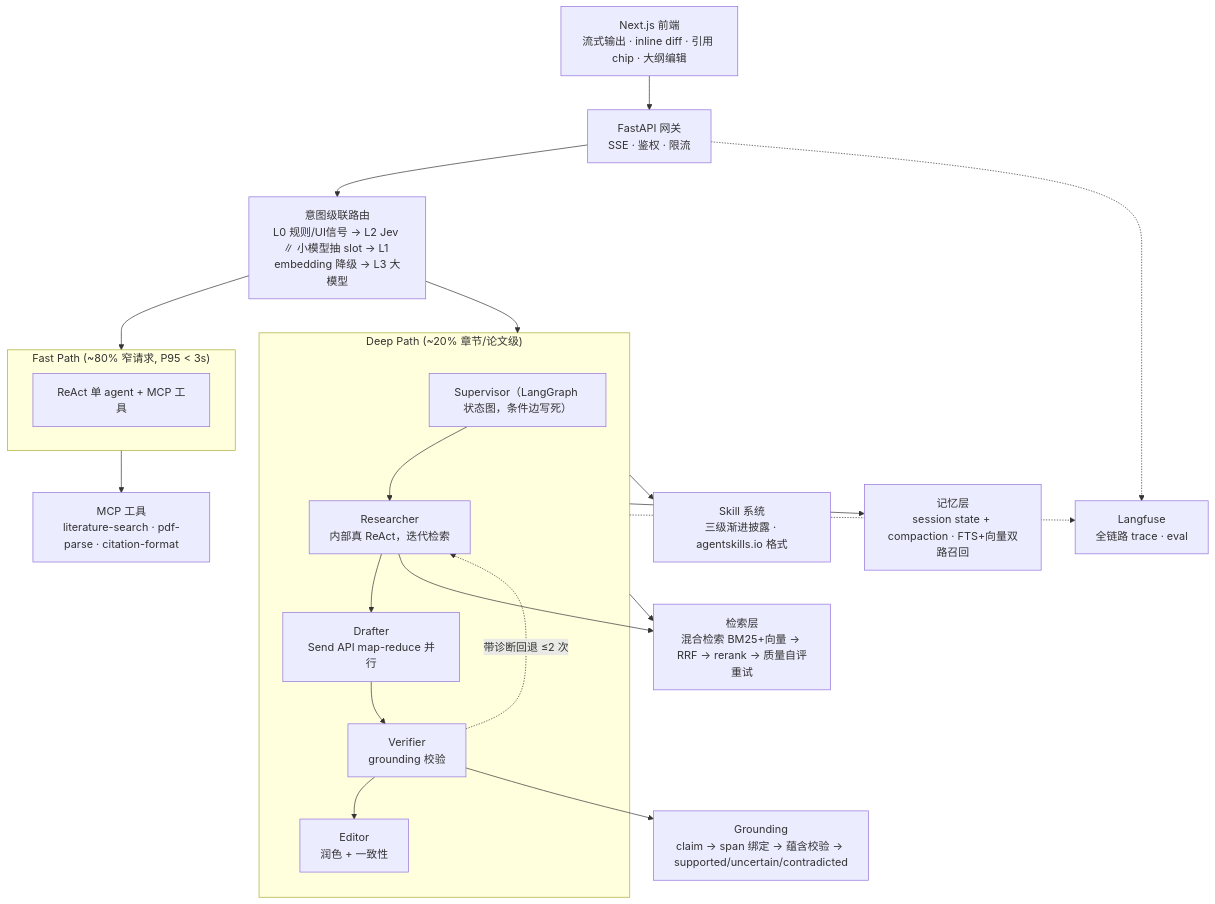
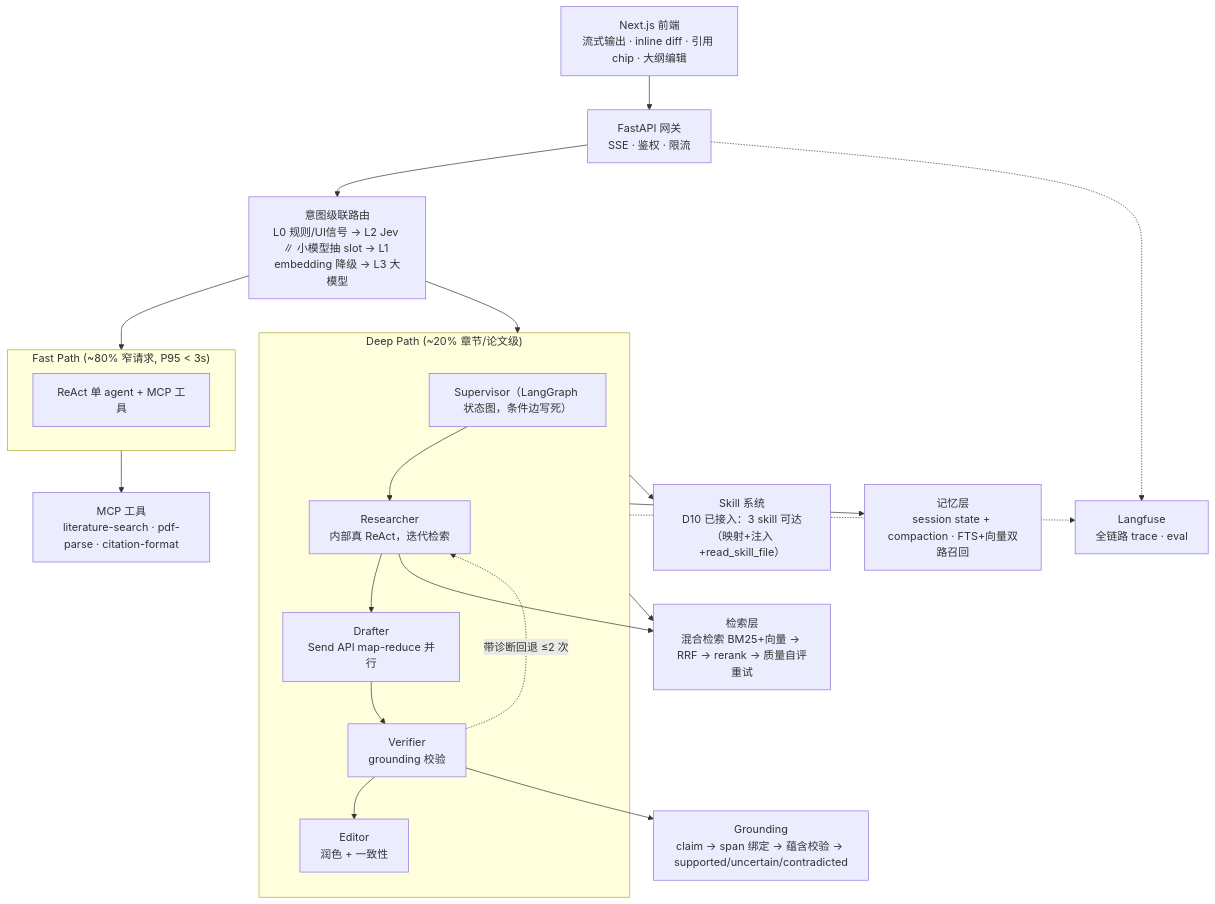
One commit to kjhchouch/Academic-Research-Copilot changed the diagram in README.md. Above: the diagram before and after it, drawn with Mermaid. The commit also changed other lines of this file and 21 other files, not shown here.

Commit message:
feat(agent): D10 skill loader（intent→skill 映射 + always_load 注入 + 沙箱 read_skill_file）+ live 验收与 grounding eval 实测数字

````diff
--- a/README.md
+++ b/README.md
@@ -16,39 +16,39 @@
 ```mermaid
 graph TD
     UI["Next.js 前端<br/>流式输出 · inline diff · 引用 chip · 大纲编辑"]
     GW["FastAPI 网关<br/>SSE · 鉴权 · 限流"]
     RT["意图级联路由<br/>L0 规则/UI信号 → L2 Jev ∥ 小模型抽 slot → L1 embedding 降级 → L3 大模型"]
 
     subgraph Fast["Fast Path (~80% 窄请求, P95 &lt; 3s)"]
         REACT["ReAct 单 agent + MCP 工具"]
     end
 
     subgraph Deep["Deep Path (~20% 章节/论文级)"]
         SUP["Supervisor（LangGraph 状态图，条件边写死）"]
         RES["Researcher<br/>内部真 ReAct，迭代检索"]
         DRF["Drafter<br/>Send API map-reduce 并行"]
         VRF["Verifier<br/>grounding 校验"]
         EDT["Editor<br/>润色 + 一致性"]
         SUP --> RES --> DRF --> VRF --> EDT
         VRF -. "带诊断回退 ≤2 次" .-> RES
     end
 
     RAG["检索层<br/>混合检索 BM25+向量 → RRF → rerank → 质量自评重试"]
     GND["Grounding<br/>claim → span 绑定 → 蕴含校验 → supported/uncertain/contradicted"]
-    SK["Skill 系统<br/>三级渐进披露 · agentskills.io 格式"]
+    SK["Skill 系统<br/>D10 已接入：3 skill 可达（映射+注入+read_skill_file）"]
     MCP["MCP 工具<br/>literature-search · pdf-parse · citation-format"]
     MEM["记忆层<br/>session state + compaction · FTS+向量双路召回"]
     OBS["Langfuse<br/>全链路 trace · eval"]
 
     UI --> GW --> RT
     RT --> Fast
     RT --> Deep
     Fast --> MCP
     Deep --> RAG
     VRF --> GND
     RES --> RAG
     Deep --> SK
     Deep --> MEM
     GW -.-> OBS
     Deep -.-> OBS
 ```
````
